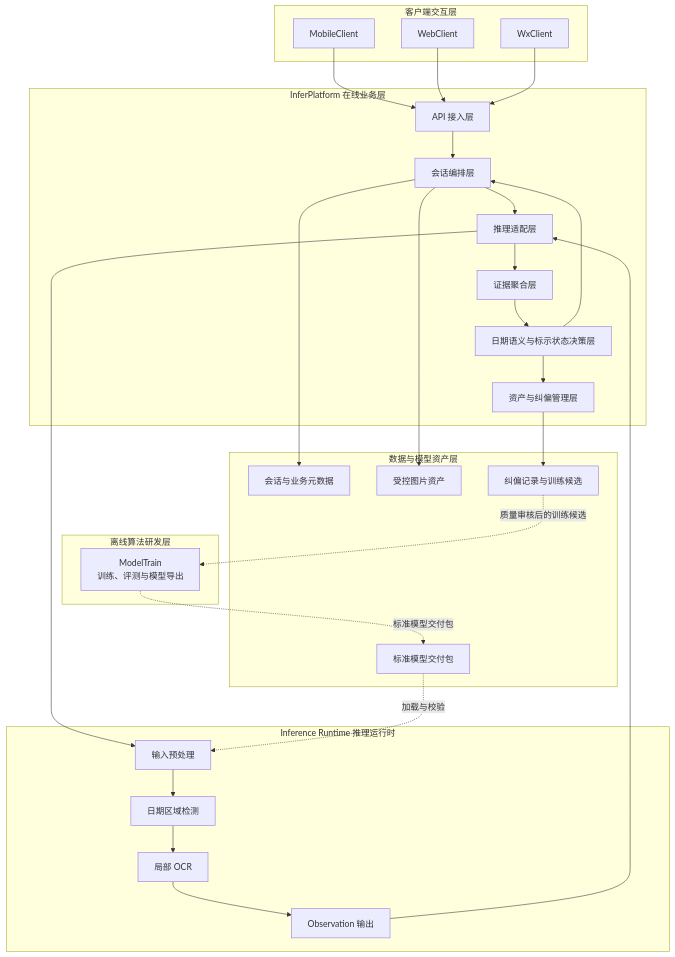
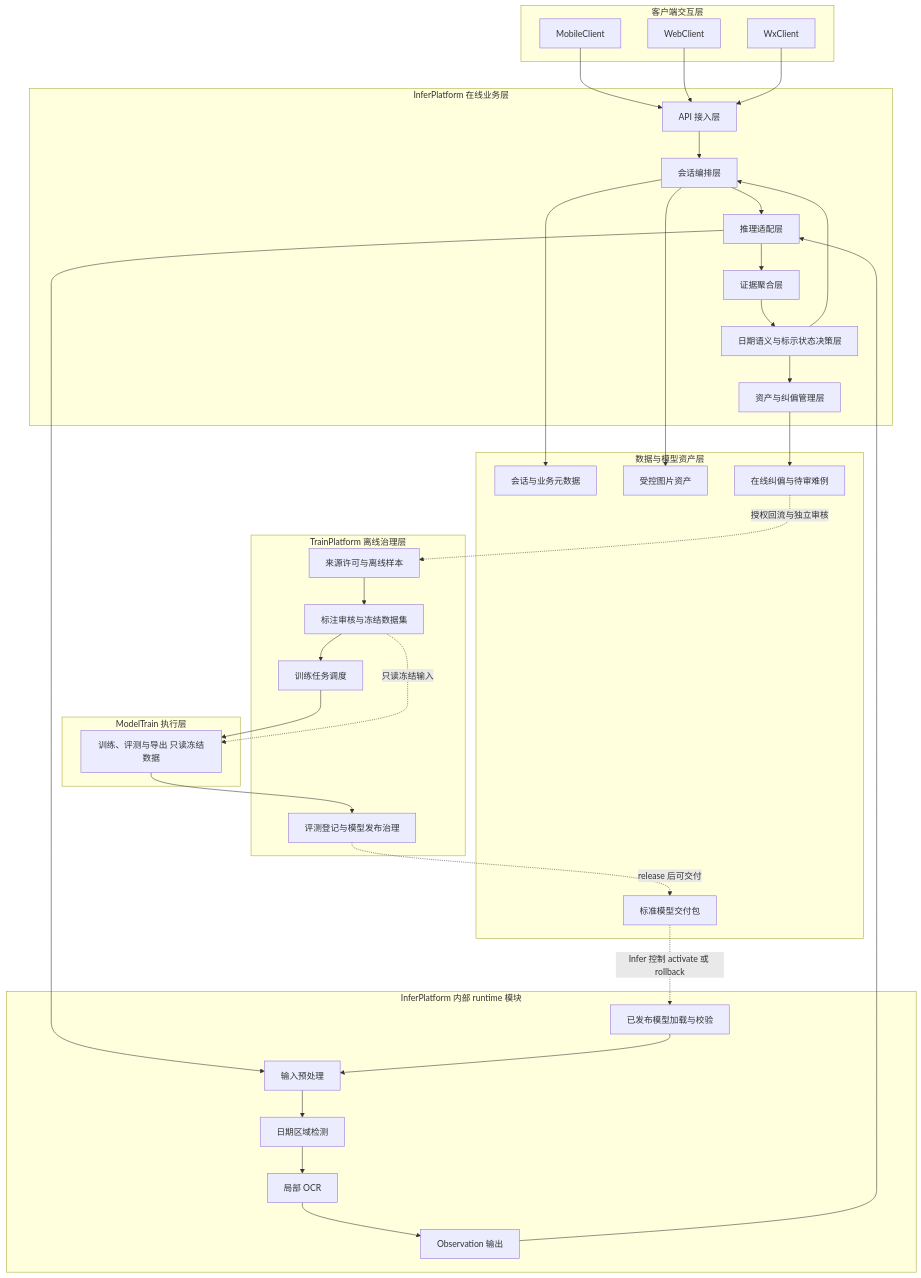
One commit to QingMouFoodDate/ProjectPRD changed the second of 6 diagrams in ARCHITECTURE.md. Above: the diagram before and after it, drawn with Mermaid. The commit also changed other lines of this file and 17 other files, not shown here.

````diff
--- a/ARCHITECTURE.md
+++ b/ARCHITECTURE.md
@@ -50,50 +55,62 @@
 ```mermaid
 flowchart TB
     subgraph Clients["客户端交互层"]
         MOBILE["MobileClient"]
         WEB["WebClient"]
         WX["WxClient"]
     end
 
     subgraph Platform["InferPlatform 在线业务层"]
         API["API 接入层"]
         SESSION["会话编排层"]
         ADAPTER["推理适配层"]
         EVIDENCE["证据聚合层"]
         DECISION["日期语义与标示状态决策层"]
         ASSET["资产与纠偏管理层"]
     end
 
-    subgraph Runtime["Inference Runtime 推理运行时"]
+    subgraph Runtime["InferPlatform 内部 runtime 模块"]
+        LOAD["已发布模型加载与校验"]
         PREPROCESS["输入预处理"]
         DETECTOR["日期区域检测"]
         OCR["局部 OCR"]
         OBSERVATION["Observation 输出"]
     end
 
     subgraph Assets["数据与模型资产层"]
         BUSINESS["会话与业务元数据"]
         IMAGES["受控图片资产"]
-        CORRECTIONS["纠偏记录与训练候选"]
+        CORRECTIONS["在线纠偏与待审难例"]
         MODEL["标准模型交付包"]
     end
 
-    subgraph Research["离线算法研发层"]
-        TRAIN["ModelTrain<br/>训练、评测与模型导出"]
+    subgraph Offline["TrainPlatform 离线治理层"]
+        SAMPLES["来源许可与离线样本"]
+        DATASET["标注审核与冻结数据集"]
+        SCHEDULE["训练任务调度"]
+        REGISTER["评测登记与模型发布治理"]
+    end
+
+    subgraph Research["ModelTrain 执行层"]
+        TRAIN["训练、评测与导出 只读冻结数据"]
     end
 
     MOBILE --> API
     WEB --> API
     WX --> API
     API --> SESSION
     SESSION --> ADAPTER
     ADAPTER --> PREPROCESS --> DETECTOR --> OCR --> OBSERVATION
     OBSERVATION --> ADAPTER --> EVIDENCE --> DECISION --> SESSION
     SESSION --> BUSINESS
     SESSION --> IMAGES
     DECISION --> ASSET
     ASSET --> CORRECTIONS
-    CORRECTIONS -.质量审核后的训练候选.-> TRAIN
-    TRAIN -.标准模型交付包.-> MODEL
-    MODEL -.加载与校验.-> PREPROCESS
+    CORRECTIONS -.授权回流与独立审核.-> SAMPLES
+    SAMPLES --> DATASET --> SCHEDULE --> TRAIN
+    DATASET -.只读冻结输入.-> TRAIN
+    TRAIN --> REGISTER
+    REGISTER -.release 后可交付.-> MODEL
+    MODEL -.Infer 控制 activate 或 rollback.-> LOAD
+    LOAD --> PREPROCESS
 ```
````
